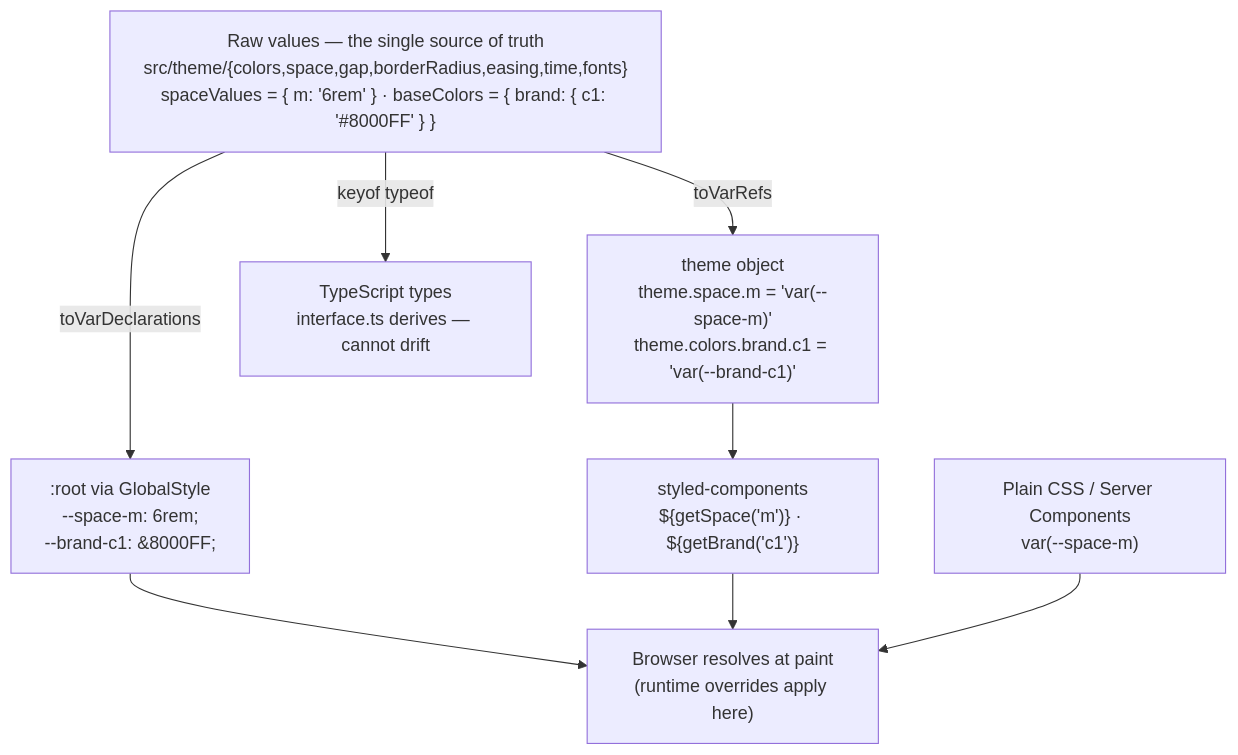
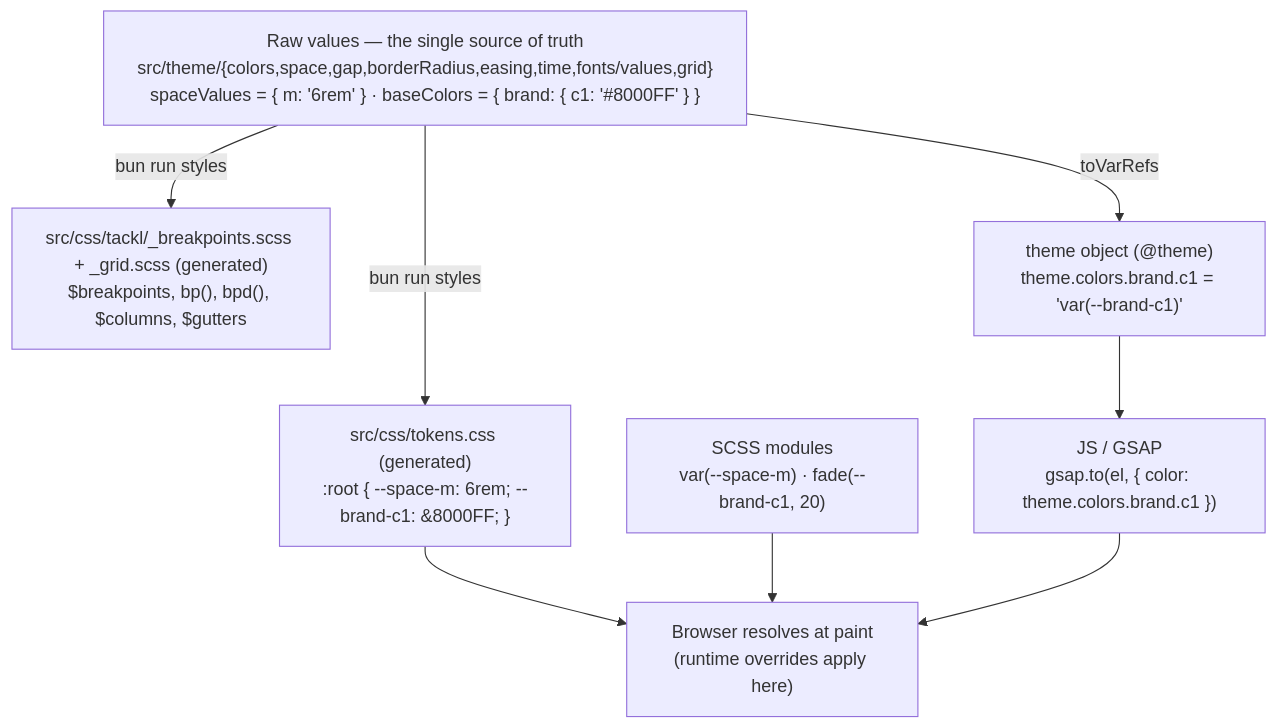
The diagram in docs/Tackl/Theming.md (12-Studio/Tackl), drawn with Mermaid before and after one commit. The commit also changed other lines of this file and 22 other files, not shown here.

First line of the commit message:
📝 Phase 5: agents, skills and docs for SCSS modules; v5.0.0

````diff
--- a/docs/Tackl/Theming.md
+++ b/docs/Tackl/Theming.md
@@ -7,11 +7,10 @@
 ```mermaid
 flowchart TD
-    V["Raw values — the single source of truth\nsrc/theme/{colors,space,gap,borderRadius,easing,time,fonts}\nspaceValues = { m: '6rem' } · baseColors = { brand: { c1: '#8000FF' } }"]
-    V -->|toVarDeclarations| R[":root via GlobalStyle\n--space-m: 6rem;\n--brand-c1: #8000FF;"]
-    V -->|toVarRefs| T["theme object\ntheme.space.m = 'var(--space-m)'\ntheme.colors.brand.c1 = 'var(--brand-c1)'"]
-    V -->|keyof typeof| TY["TypeScript types\ninterface.ts derives — cannot drift"]
-    T --> SC["styled-components\n${getSpace('m')} · ${getBrand('c1')}"]
+    V["Raw values — the single source of truth\nsrc/theme/{colors,space,gap,borderRadius,easing,time,fonts/values,grid}\nspaceValues = { m: '6rem' } · baseColors = { brand: { c1: '#8000FF' } }"]
+    V -->|bun run styles| R["src/css/tokens.css (generated)\n:root { --space-m: 6rem; --brand-c1: #8000FF; }"]
+    V -->|bun run styles| S["src/css/tackl/_breakpoints.scss + _grid.scss (generated)\n$breakpoints, bp(), bpd(), $columns, $gutters"]
+    V -->|toVarRefs| T["theme object (@theme)\ntheme.colors.brand.c1 = 'var(--brand-c1)'"]
     R --> B["Browser resolves at paint\n(runtime overrides apply here)"]
-    SC --> B
-    P["Plain CSS / Server Components\nvar(--space-m)"] --> B
+    M["SCSS modules\nvar(--space-m) · fade(--brand-c1, 20)"] --> B
+    T --> J["JS / GSAP\ngsap.to(el, { color: theme.colors.brand.c1 })"] --> B
 ```
````
